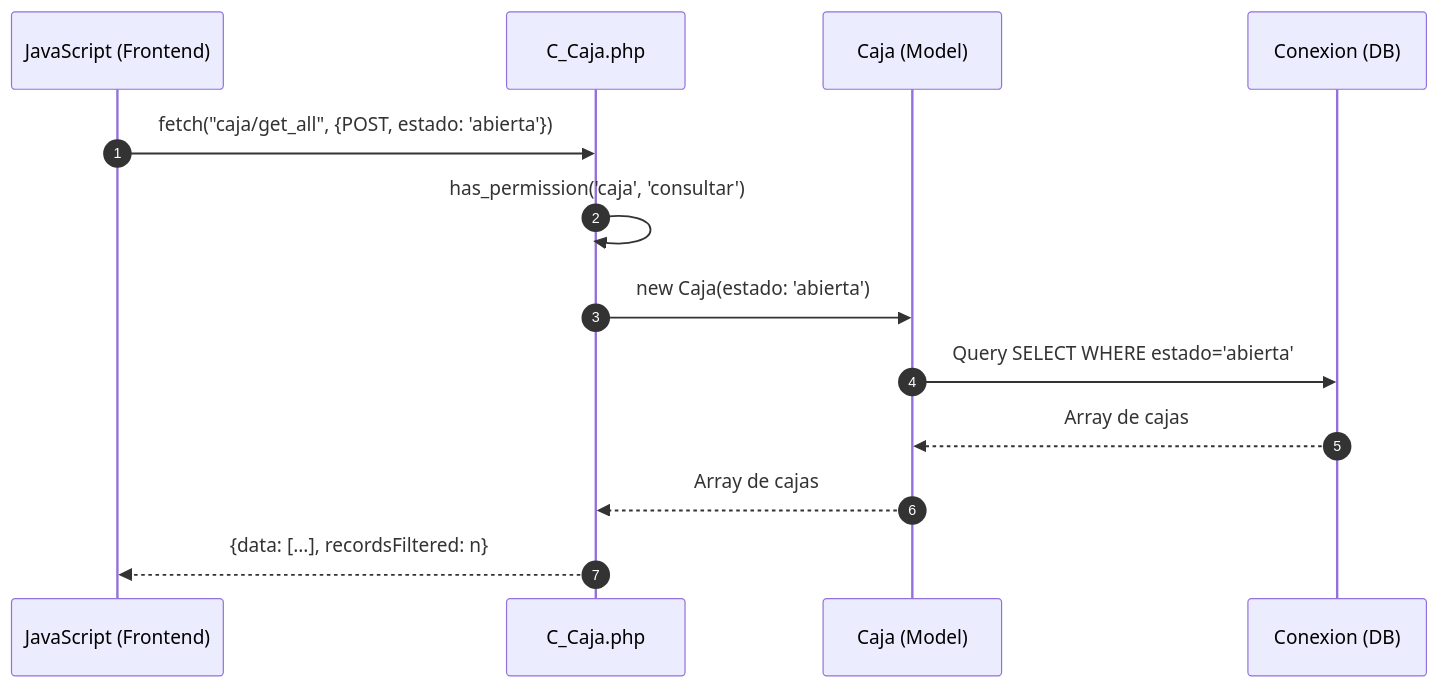
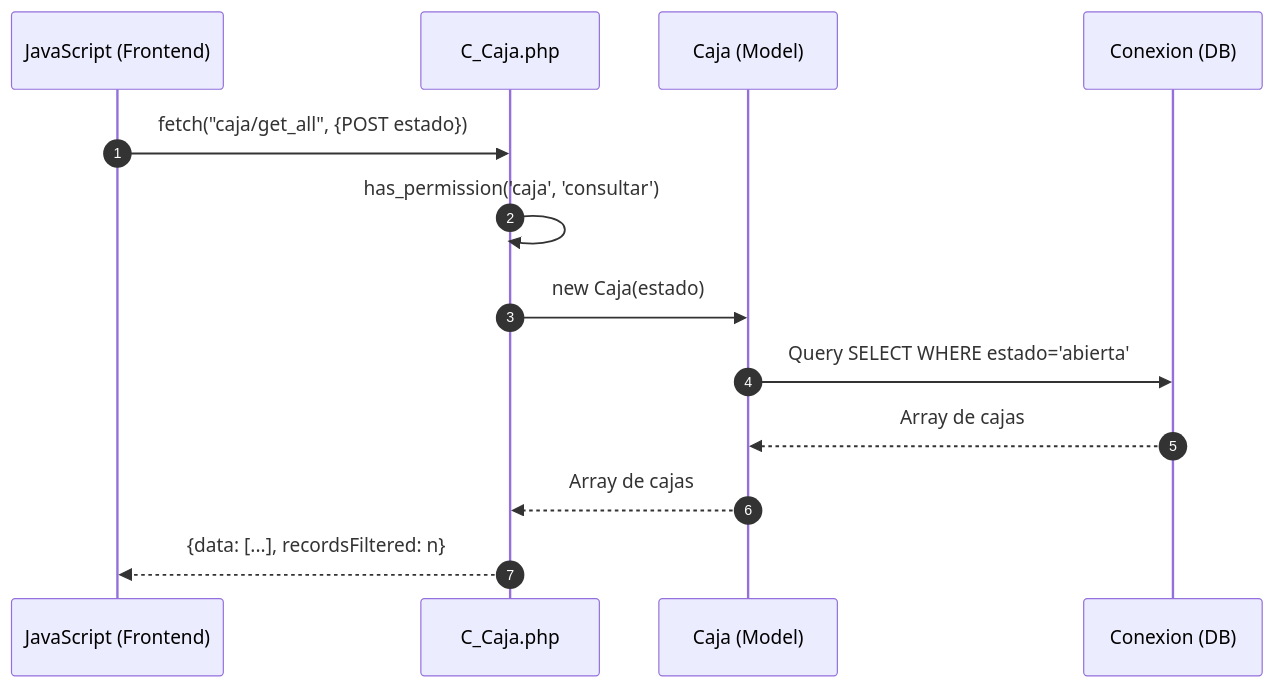
One commit to Tecrato/BurgerHouse changed the second of 5 diagrams in docs/secuencia/caja/caja.md. Above: the diagram before and after it, drawn with Mermaid. The commit also changed other lines of this file and 13 other files, not shown here.

Commit message:
diagramas de secuencia

````diff
--- a/docs/secuencia/caja/caja.md
+++ b/docs/secuencia/caja/caja.md
@@ -33,19 +28,19 @@
 ```mermaid
 sequenceDiagram
     autonumber
     participant JS as JavaScript (Frontend)
     participant C_Caja as C_Caja.php
     participant Caja as Caja (Model)
     participant DB as Conexion (DB)
     
-    JS->>C_Caja: fetch("caja/get_all", {POST, estado: 'abierta'})
+    JS->>C_Caja: fetch("caja/get_all", {POST estado})
     
     C_Caja->>C_Caja: has_permission('caja', 'consultar')
     
-    C_Caja->>Caja: new Caja(estado: 'abierta')
+    C_Caja->>Caja: new Caja(estado)
     Caja->>DB: Query SELECT WHERE estado='abierta'
     DB-->>Caja: Array de cajas
     Caja-->>C_Caja: Array de cajas
     
     C_Caja-->>JS: {data: [...], recordsFiltered: n}
 ```
````
